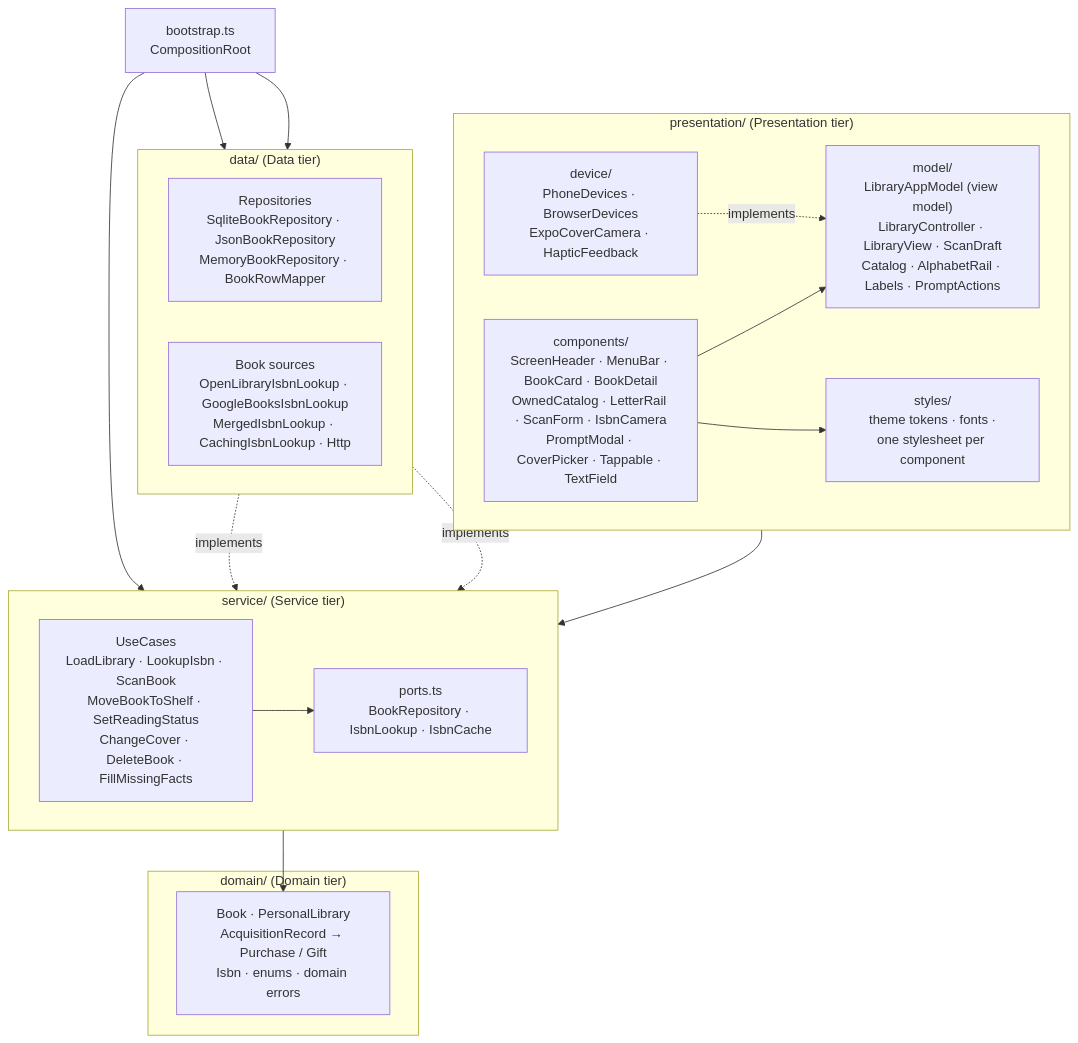
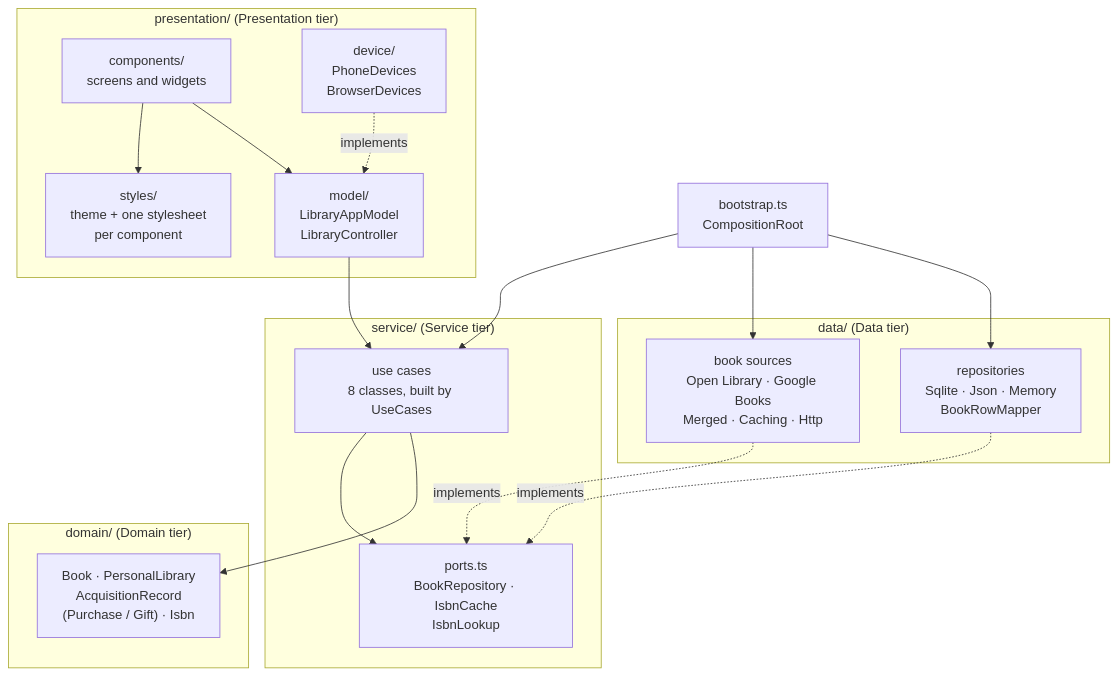
The diagram in docs/design/diagrams/decomposition.mmd (ghechavarria/cen5064-project-hechavarria), drawn with Mermaid before and after one commit. The commit also changed 2 other files, not shown here.

Commit message:
Design doc: make the decomposition diagram readable (4.7pt -> 7.4pt printed): main classes per folder, landscape page
Refs #18

```diff
--- a/docs/design/diagrams/decomposition.mmd
+++ b/docs/design/diagrams/decomposition.mmd
@@ -1,33 +1,30 @@
 flowchart TB
     subgraph P ["presentation/ (Presentation tier)"]
-        direction LR
-        views["components/<br/>ScreenHeader · MenuBar · BookCard · BookDetail<br/>OwnedCatalog · LetterRail · ScanForm · IsbnCamera<br/>PromptModal · CoverPicker · Tappable · TextField"]
-        vm["model/<br/>LibraryAppModel (view model)<br/>LibraryController · LibraryView · ScanDraft<br/>Catalog · AlphabetRail · Labels · PromptActions"]
-        dev["device/<br/>PhoneDevices · BrowserDevices<br/>ExpoCoverCamera · HapticFeedback"]
-        sty["styles/<br/>theme tokens · fonts ·<br/>one stylesheet per component"]
+        views["components/<br/>screens and widgets"]
+        vm["model/<br/>LibraryAppModel<br/>LibraryController"]
+        dev["device/<br/>PhoneDevices<br/>BrowserDevices"]
+        sty["styles/<br/>theme + one stylesheet<br/>per component"]
     end
     subgraph S ["service/ (Service tier)"]
-        direction LR
-        uc["UseCases<br/>LoadLibrary · LookupIsbn · ScanBook<br/>MoveBookToShelf · SetReadingStatus<br/>ChangeCover · DeleteBook · FillMissingFacts"]
-        ports["ports.ts<br/>BookRepository · IsbnLookup · IsbnCache"]
+        uc["use cases<br/>8 classes, built by UseCases"]
+        ports["ports.ts<br/>BookRepository · IsbnCache<br/>IsbnLookup"]
     end
     subgraph D ["domain/ (Domain tier)"]
-        dm["Book · PersonalLibrary<br/>AcquisitionRecord → Purchase / Gift<br/>Isbn · enums · domain errors"]
+        dm["Book · PersonalLibrary<br/>AcquisitionRecord<br/>(Purchase / Gift) · Isbn"]
     end
     subgraph DA ["data/ (Data tier)"]
-        direction LR
-        repo["Repositories<br/>SqliteBookRepository · JsonBookRepository<br/>MemoryBookRepository · BookRowMapper"]
-        src["Book sources<br/>OpenLibraryIsbnLookup · GoogleBooksIsbnLookup<br/>MergedIsbnLookup · CachingIsbnLookup · Http"]
+        repo["repositories<br/>Sqlite · Json · Memory<br/>BookRowMapper"]
+        src["book sources<br/>Open Library · Google Books<br/>Merged · Caching · Http"]
     end
     root["bootstrap.ts<br/>CompositionRoot"]
     views --> vm
     views --> sty
     dev -. implements .-> vm
     vm --> uc
     uc --> dm
     uc --> ports
     repo -. implements .-> ports
     src -. implements .-> ports
     root --> repo
     root --> src
     root --> uc
```
